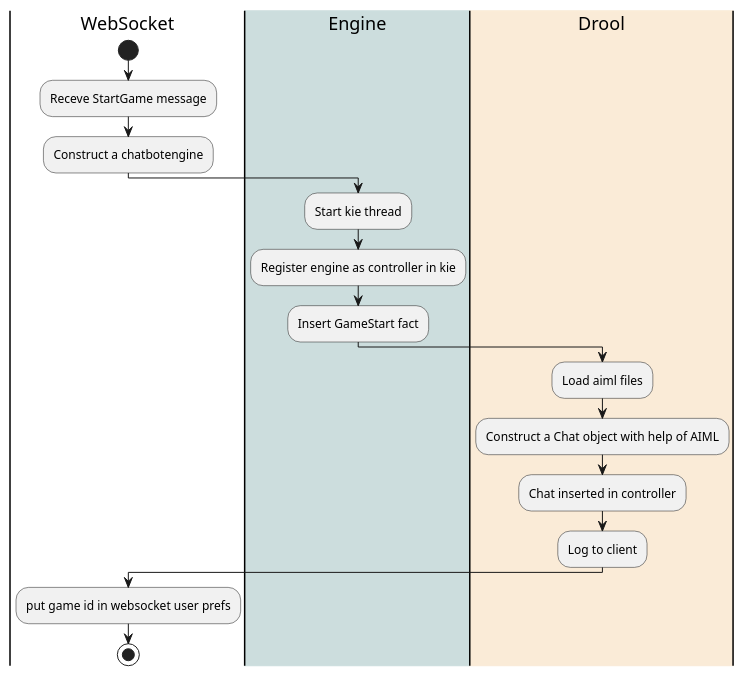
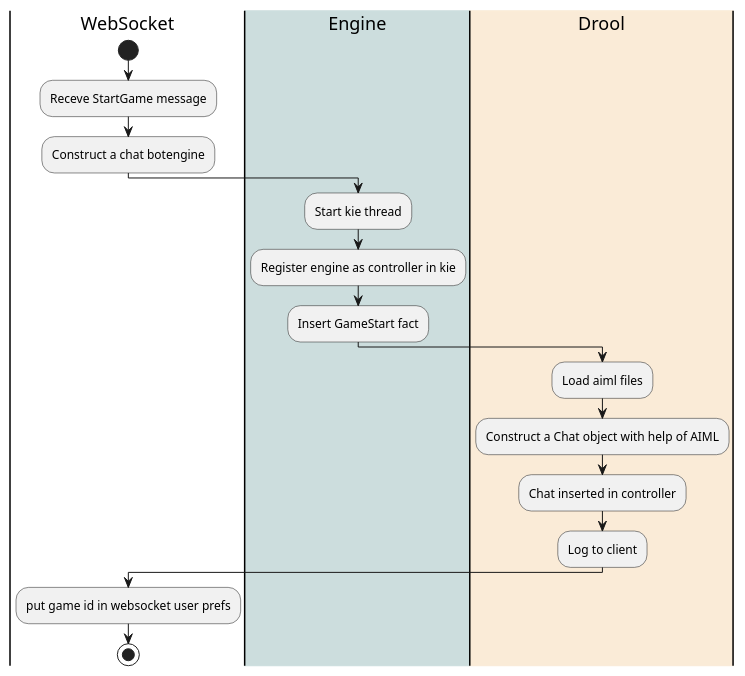
The fifth of 14 diagrams in thesis/thesis.org (jappeace/methods-homework), drawn with PlantUML before and after one commit. The commit also changed other lines of this file, not shown here.

Commit message:
chatbot -> chat bot, new title, and cleared some more

```diff
--- a/thesis/thesis.org
+++ b/thesis/thesis.org
@@ -1280,18 +1282,18 @@
 #+BEGIN_SRC plantuml :cache yes :file img/uml/construction.png :exports results
 |WebSocket|
 start
 :Receve StartGame message;
-:Construct a chatbotengine;
+:Construct a chat botengine;
 |#CCDDDD|Engine|
 :Start kie thread;
 :Register engine as controller in kie;
 :Insert GameStart fact;
 |#AntiqueWhite|Drool|
 :Load aiml files;
 :Construct a Chat object with help of AIML;
 :Chat inserted in controller;
 :Log to client;
 |WebSocket|
 :put game id in websocket user prefs;
 stop
 #+END_SRC
```
